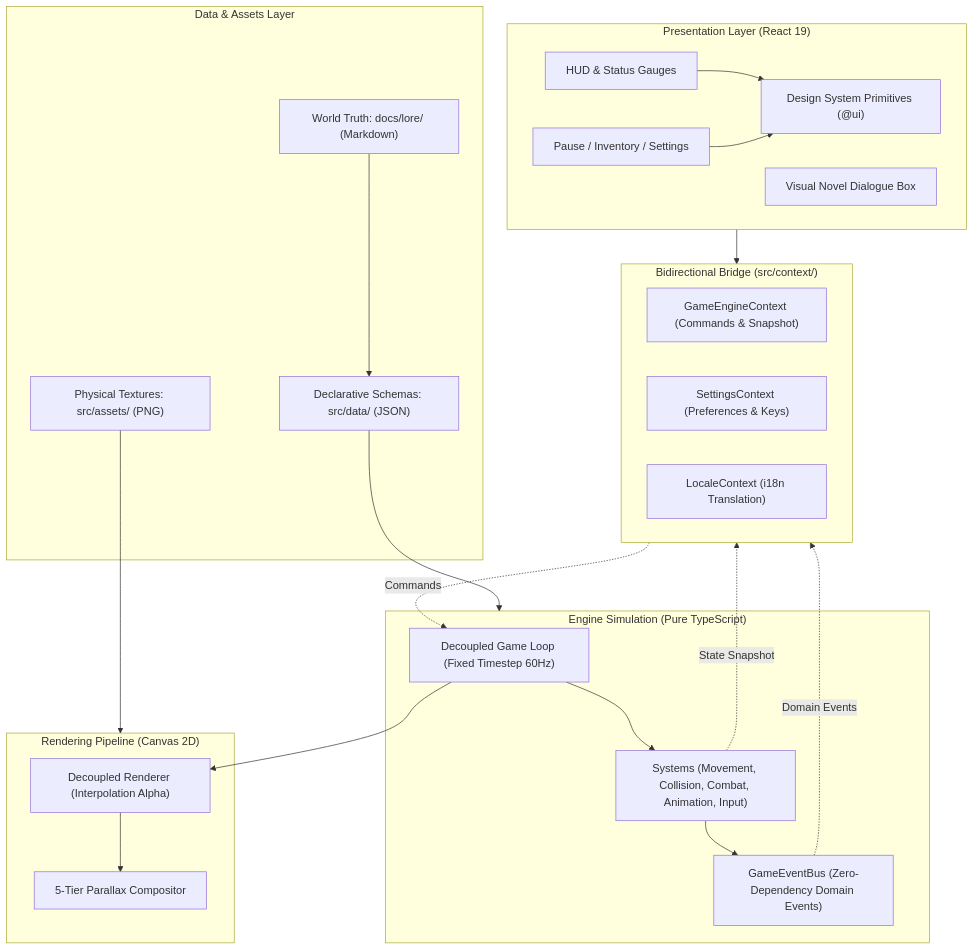
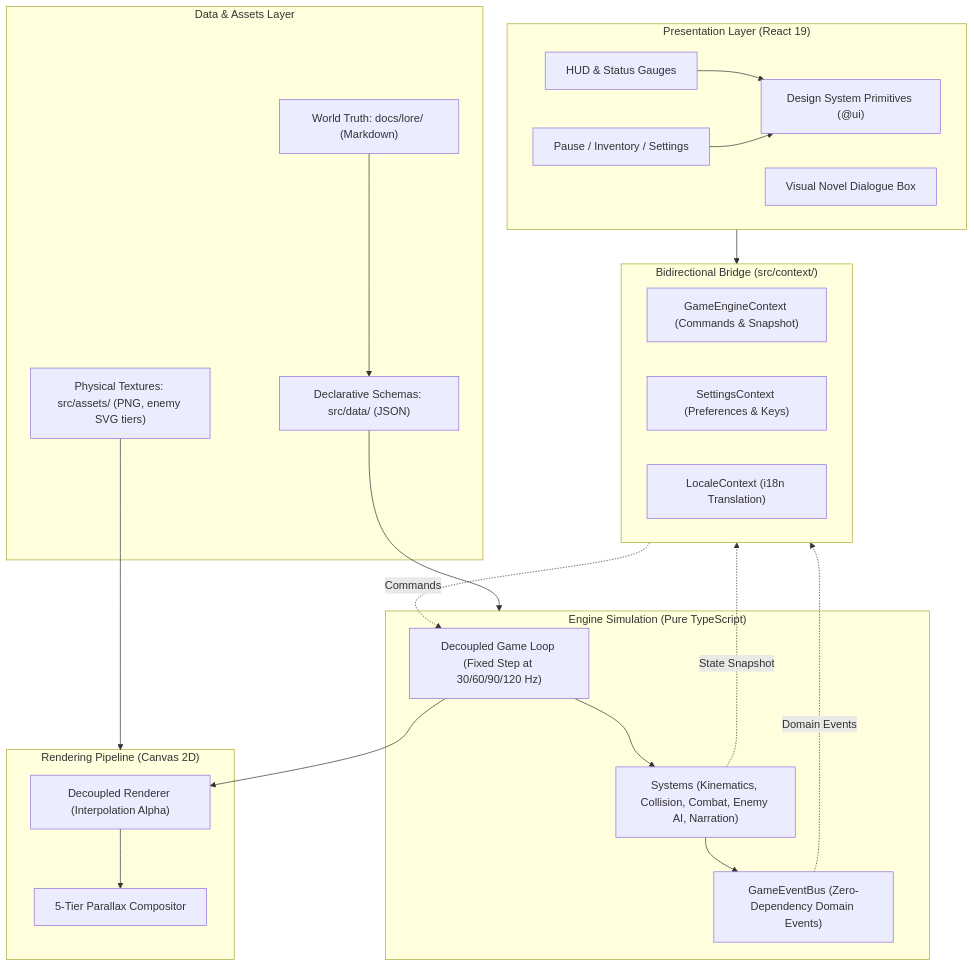
The first of 2 diagrams in docs/manifesto/MASTERMAP.md (beoArcha/oXyFlow.VibrantCastle), drawn with Mermaid before and after one commit. The commit also changed other lines of this file and 8 other files, not shown here.

````diff
--- a/docs/manifesto/MASTERMAP.md
+++ b/docs/manifesto/MASTERMAP.md
@@ -25,46 +42,46 @@
 ```mermaid
 graph TD
     subgraph Presentation["Presentation Layer (React 19)"]
         HUD["HUD & Status Gauges"]
         Overlays["Pause / Inventory / Settings"]
         Dialogues["Visual Novel Dialogue Box"]
         DS["Design System Primitives (@ui)"]
         HUD --> DS
         Overlays --> DS
     end
 
     subgraph Context["Bidirectional Bridge (src/context/)"]
         EnginePort["GameEngineContext (Commands & Snapshot)"]
         SettingsPort["SettingsContext (Preferences & Keys)"]
         LocalePort["LocaleContext (i18n Translation)"]
     end
 
     subgraph Simulation["Engine Simulation (Pure TypeScript)"]
-        Loop["Decoupled Game Loop (Fixed Timestep 60Hz)"]
-        Systems["Systems (Movement, Collision, Combat, Animation, Input)"]
+        Loop["Decoupled Game Loop (Fixed Step at 30/60/90/120 Hz)"]
+        Systems["Systems (Kinematics, Collision, Combat, Enemy AI, Narration)"]
         Bus["GameEventBus (Zero-Dependency Domain Events)"]
         Loop --> Systems
         Systems --> Bus
     end
 
     subgraph Rendering["Rendering Pipeline (Canvas 2D)"]
         Pipeline["Decoupled Renderer (Interpolation Alpha)"]
         Parallax["5-Tier Parallax Compositor"]
         Pipeline --> Parallax
     end
 
     subgraph Content["Data & Assets Layer"]
         Data["Declarative Schemas: src/data/ (JSON)"]
-        Assets["Physical Textures: src/assets/ (PNG)"]
+        Assets["Physical Textures: src/assets/ (PNG, enemy SVG tiers)"]
         Lore["World Truth: docs/lore/ (Markdown)"]
     end
 
     Presentation --> Context
     Context -.->|Commands| Loop
     Systems -.->|State Snapshot| Context
     Bus -.->|Domain Events| Context
     Loop --> Pipeline
     Data --> Simulation
     Assets --> Rendering
     Lore --> Data
 ```
````
